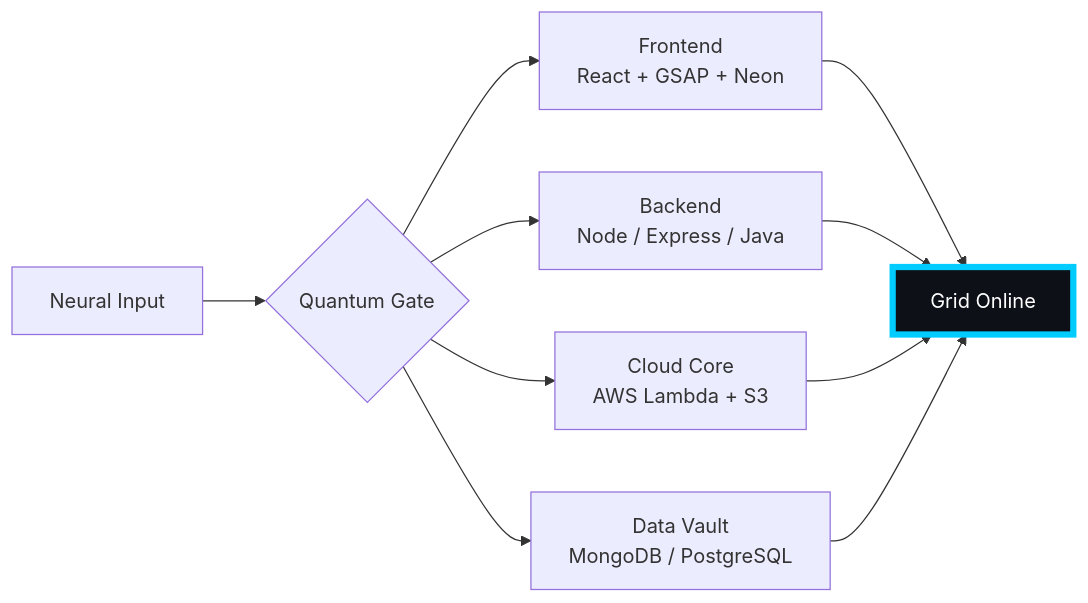
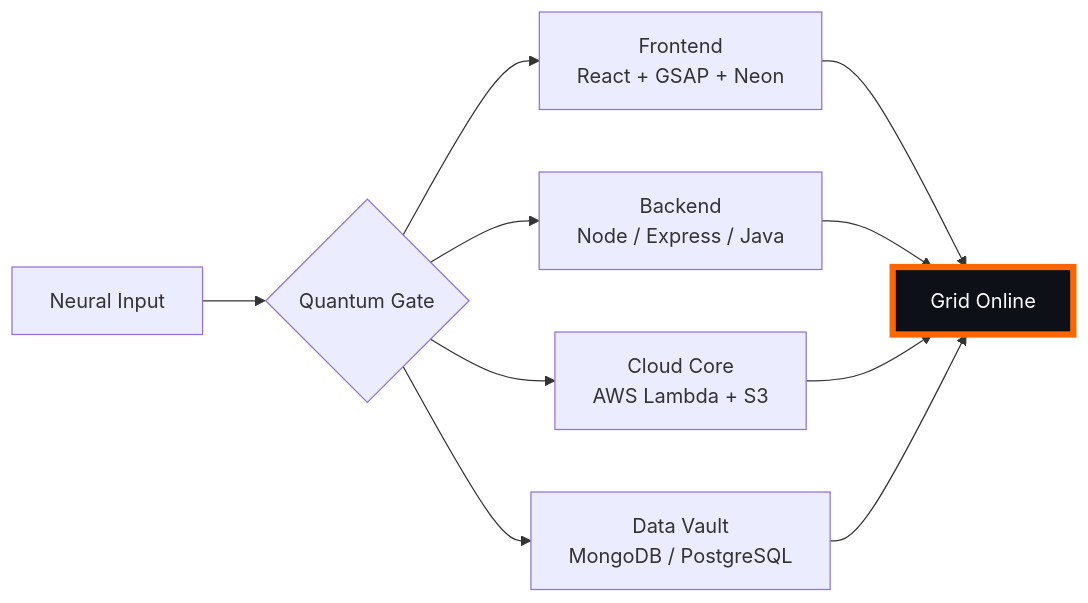
One commit to pendemvamsi/pendemvamsi changed the diagram in README.md. Above: the diagram before and after it, drawn with Mermaid. The commit also changed other lines of this file and 1 other file, not shown here.

````diff
--- a/README.md
+++ b/README.md
@@ -32,10 +32,10 @@
 ```mermaid
 flowchart LR
     U[Neural Input] --> G{Quantum Gate}
     G --> F[Frontend<br>React + GSAP + Neon]
     G --> B[Backend<br>Node / Express / Java]
     G --> C[Cloud Core<br>AWS Lambda + S3]
     G --> D[Data Vault<br>MongoDB / PostgreSQL]
     F & B & C & D --> O[Grid Online]
-    style O fill:#0d1117,stroke:#00CCFF,stroke-width:5px,color:#fff
+    style O fill:#0d1117,stroke:#FF6600,stroke-width:5px,color:#fff
 ```
````
